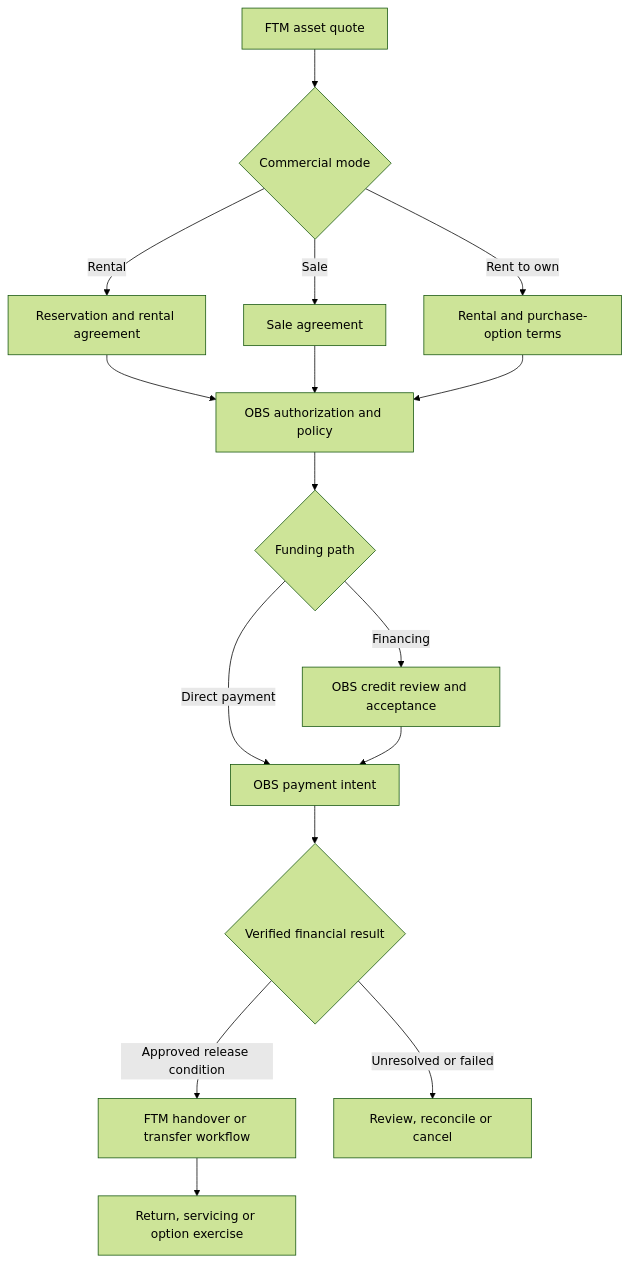
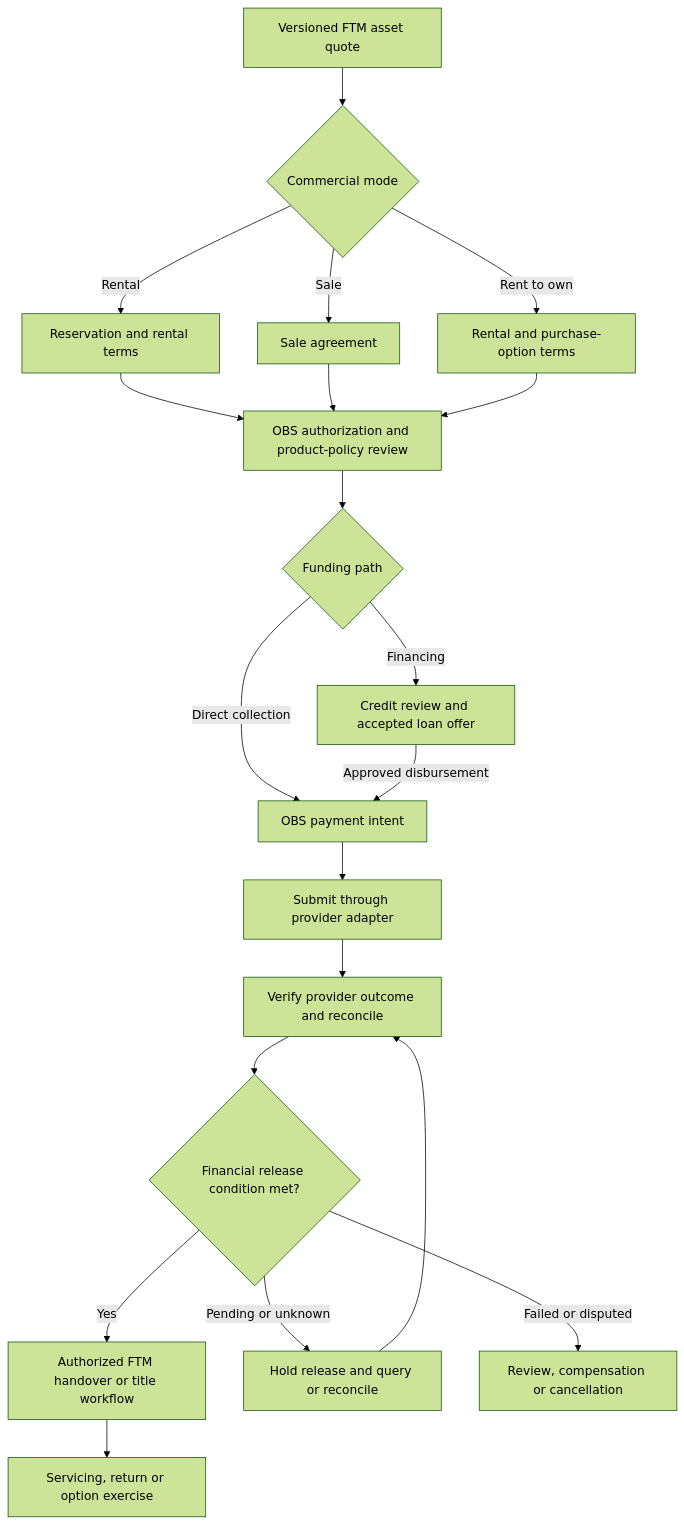
One commit to robotics-intelligent-systems/jfxai4obs changed the eighth of 8 diagrams in README.md. Above: the diagram before and after it, drawn with Mermaid (forest theme). The commit also changed other lines of this file, not shown here.

Commit message:
docs: refactor Mermaid architecture and prioritize dependency candidates

````diff
--- a/README.md
+++ b/README.md
@@ -1256,18 +1265,22 @@
 ```mermaid
 flowchart TD
-  QUOTE["FTM asset quote"] --> MODE{"Commercial mode"}
-  MODE -->|Rental| BOOK["Reservation and rental agreement"]
+  QUOTE["Versioned FTM asset quote"] --> MODE{"Commercial mode"}
+  MODE -->|Rental| RENT["Reservation and rental terms"]
   MODE -->|Sale| SALE["Sale agreement"]
   MODE -->|Rent to own| OPTION["Rental and purchase-option terms"]
-  BOOK --> OBS["OBS authorization and policy"]
-  SALE --> OBS
-  OPTION --> OBS
-  OBS --> FUNDS{"Funding path"}
-  FUNDS -->|Direct payment| PAY["OBS payment intent"]
-  FUNDS -->|Financing| LOAN["OBS credit review and acceptance"]
-  LOAN --> PAY
-  PAY --> RESULT{"Verified financial result"}
-  RESULT -->|Approved release condition| HAND["FTM handover or transfer workflow"]
-  RESULT -->|Unresolved or failed| REVIEW["Review, reconcile or cancel"]
-  HAND --> LIFE["Return, servicing or option exercise"]
+  RENT --> AUTH["OBS authorization and product-policy review"]
+  SALE --> AUTH
+  OPTION --> AUTH
+  AUTH --> FUND{"Funding path"}
+  FUND -->|Direct collection| INTENT["OBS payment intent"]
+  FUND -->|Financing| CREDIT["Credit review and accepted loan offer"]
+  CREDIT -->|Approved disbursement| INTENT
+  INTENT --> PROVIDER["Submit through provider adapter"]
+  PROVIDER --> VERIFY["Verify provider outcome and reconcile"]
+  VERIFY --> STATUS{"Financial release condition met?"}
+  STATUS -->|Yes| HANDOVER["Authorized FTM handover or title workflow"]
+  STATUS -->|Pending or unknown| PENDING["Hold release and query or reconcile"]
+  PENDING --> VERIFY
+  STATUS -->|Failed or disputed| CASE["Review, compensation or cancellation"]
+  HANDOVER --> LIFE["Servicing, return or option exercise"]
 ```
````
